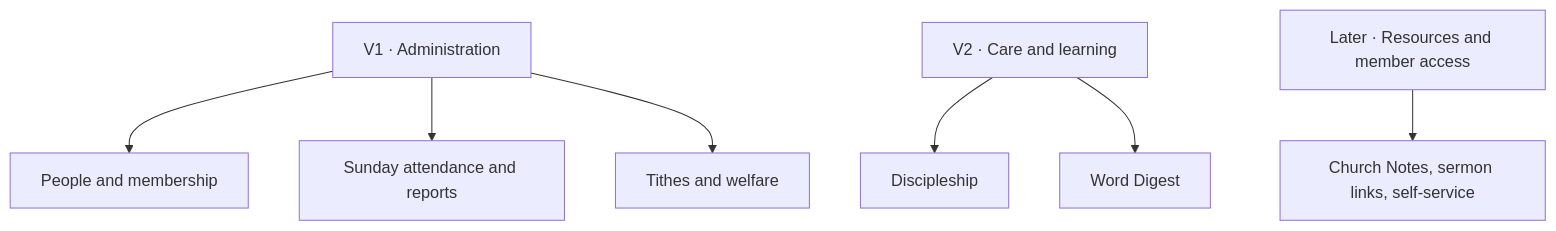
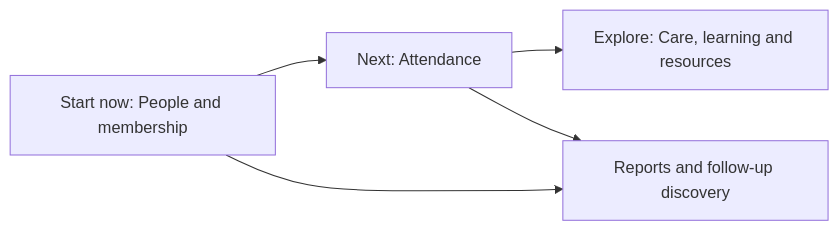
One commit to Elvis020/eglise changed the diagram in product-storybook.md. Above: the diagram before and after it, drawn with Mermaid. The commit also changed other lines of this file and 15 other files, not shown here.

First line of the commit message:
feat: align Eglise roadmap with stakeholder discovery

````diff
--- a/product-storybook.md
+++ b/product-storybook.md
@@ -14,13 +11,7 @@
 ```mermaid
-flowchart TB
-    V1["V1 · Administration"]
-    V2["V2 · Care and learning"]
-    Later["Later · Resources and member access"]
-
-    V1 --> People["People and membership"]
-    V1 --> Attendance["Sunday attendance and reports"]
-    V1 --> Finance["Tithes and welfare"]
-    V2 --> Discipleship["Discipleship"]
-    V2 --> WordDigest["Word Digest"]
-    Later --> Resources["Church Notes, sermon links, self-service"]
+flowchart LR
+    people["Start now: People and membership"] --> attendance["Next: Attendance"]
+    attendance --> learning["Explore: Care, learning and resources"]
+    people --> reports["Reports and follow-up discovery"]
+    attendance --> reports
 ```
````
